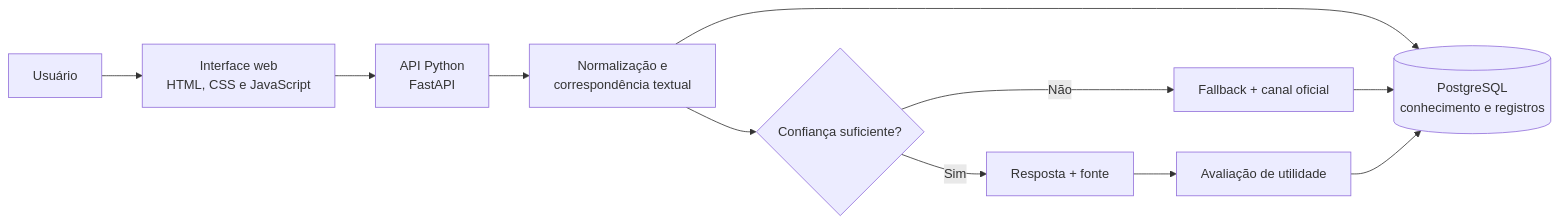
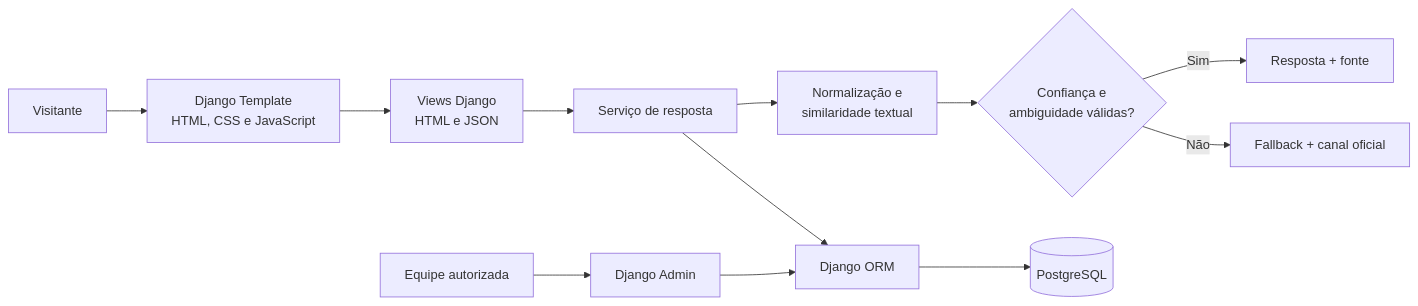
Before and after one commit to walkermooore/chatbot-aginov: the first of 2 diagrams in README.md, drawn with Mermaid. The commit also changed other lines of this file and 5 other files, not shown here.

````diff
--- a/README.md
+++ b/README.md
@@ -70,13 +126,14 @@
 ```mermaid
 flowchart LR
-    U[Usuário] --> W[Interface web<br/>HTML, CSS e JavaScript]
-    W --> A[API Python<br/>FastAPI]
-    A --> M[Normalização e<br/>correspondência textual]
-    M --> K[(PostgreSQL<br/>conhecimento e registros)]
-    M --> C{Confiança suficiente?}
+    U[Visitante] --> T[Django Template<br/>HTML, CSS e JavaScript]
+    T --> V[Views Django<br/>HTML e JSON]
+    V --> S[Serviço de resposta]
+    S --> M[Normalização e<br/>similaridade textual]
+    S --> O[Django ORM]
+    O --> P[(PostgreSQL)]
+    M --> C{Confiança e<br/>ambiguidade válidas?}
     C -->|Sim| R[Resposta + fonte]
     C -->|Não| F[Fallback + canal oficial]
-    F --> K
-    R --> V[Avaliação de utilidade]
-    V --> K
+    E[Equipe autorizada] --> A[Django Admin]
+    A --> O
 ```
````
